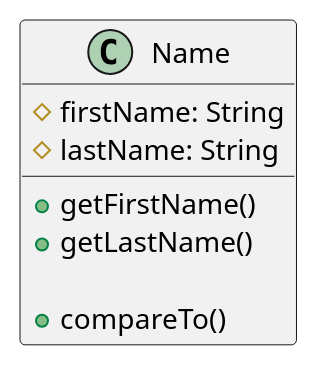
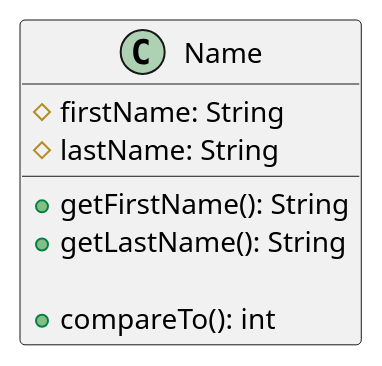
One commit to mplekunov/Assignment_3 changed the diagram in src/main/resources/Name.puml. Above: the diagram before and after it, drawn with PlantUML. The commit also changed 22 other files, not shown here.

Commit message:
Add: PlantUML Activity Diagrams

```diff
--- a/src/main/resources/Name.puml
+++ b/src/main/resources/Name.puml
@@ -1,13 +1,13 @@
 @startuml
 'https://plantuml.com/class-diagram
 
 class Name {
     #firstName: String
     #lastName: String
 
-    +getFirstName()
-    +getLastName()
+    +getFirstName(): String
+    +getLastName(): String
 
-    +compareTo()
+    +compareTo(): int
 }
 @enduml
```
